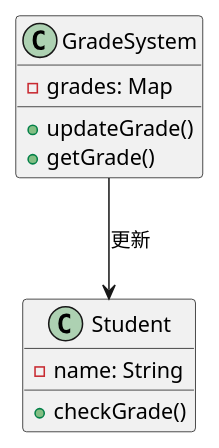
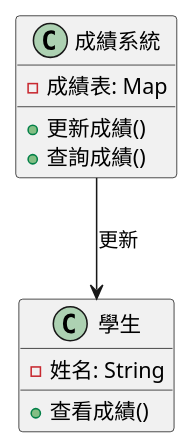
The first of 3 diagrams in doc/learning/architecture/eventual_consistency_tutorial.md (fine5351/info-sync), drawn with PlantUML before and after one commit. The commit also changed other lines of this file and 35 other files, not shown here.

````diff
--- a/doc/learning/architecture/eventual_consistency_tutorial.md
+++ b/doc/learning/architecture/eventual_consistency_tutorial.md
@@ -85,16 +85,16 @@
 ```plantuml
 @startuml
-class GradeSystem {
-    - grades: Map
-    + updateGrade()
-    + getGrade()
+class 成績系統 {
+    - 成績表: Map
+    + 更新成績()
+    + 查詢成績()
 }
 
-class Student {
-    - name: String
-    + checkGrade()
+class 學生 {
+    - 姓名: String
+    + 查看成績()
 }
 
-GradeSystem --> Student : 更新
+成績系統 --> 學生 : 更新
 @enduml
 ```
````
